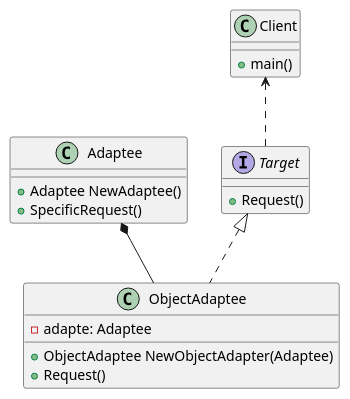
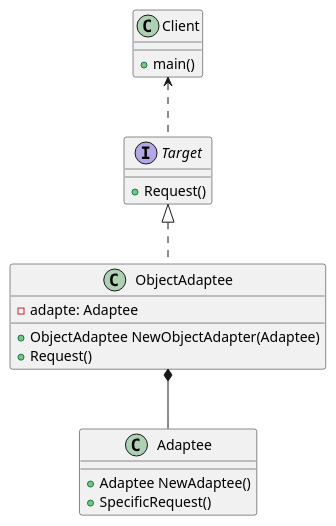
The diagram in 02_adapter/object_adapter.puml (muliniao/golang-design-pattern), drawn with PlantUML before and after one commit. The commit also changed 11 other files, not shown here.

```diff
--- a/02_adapter/object_adapter.puml
+++ b/02_adapter/object_adapter.puml
@@ -1,27 +1,27 @@
 @startuml
 'https://plantuml.com/class-diagram
 
 interface Target {
 +Request()
 }
 
 class Adaptee {
 +Adaptee NewAdaptee()
 +SpecificRequest()
 }
 
 class ObjectAdaptee {
 -adapte: Adaptee
 +ObjectAdaptee NewObjectAdapter(Adaptee)
 +Request()
 }
 
 class Client {
 +main()
 }
 
 Target <|.. ObjectAdaptee
-Adaptee *-- ObjectAdaptee
+ObjectAdaptee *-- Adaptee
 Client <.. Target
 
 @enduml
```
